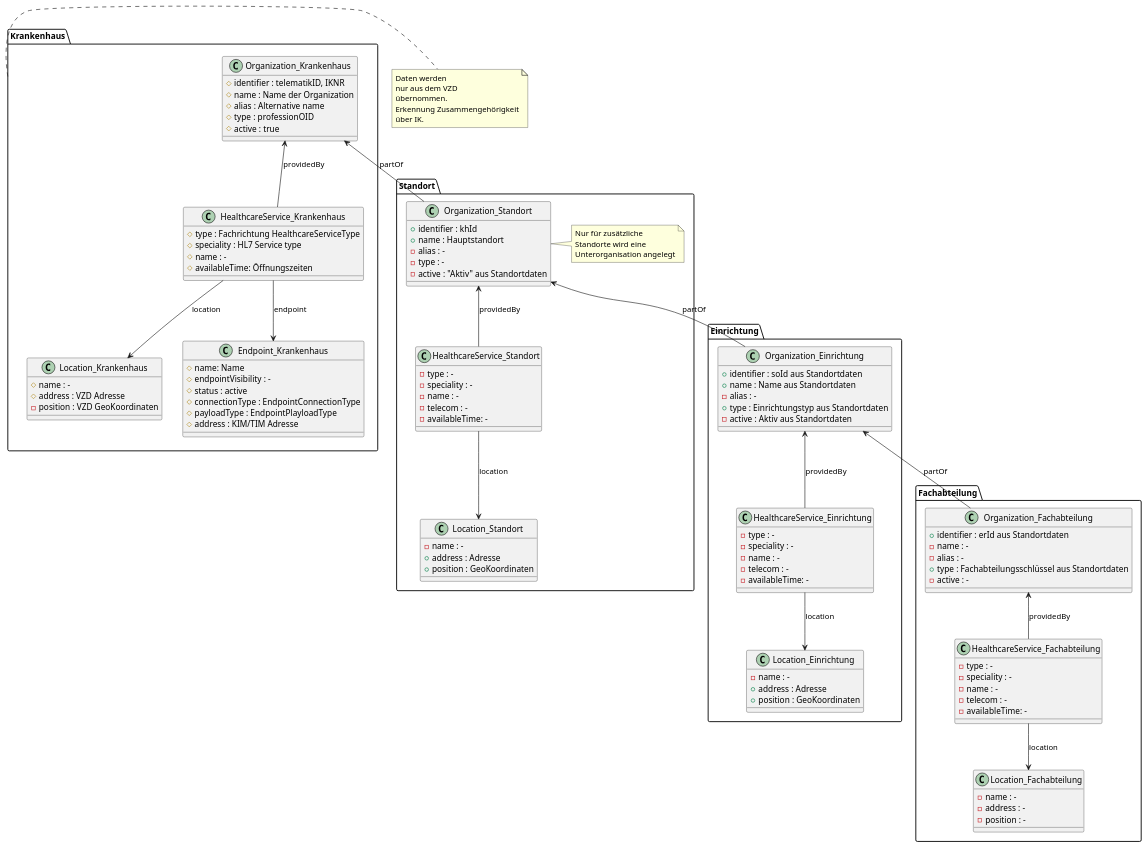
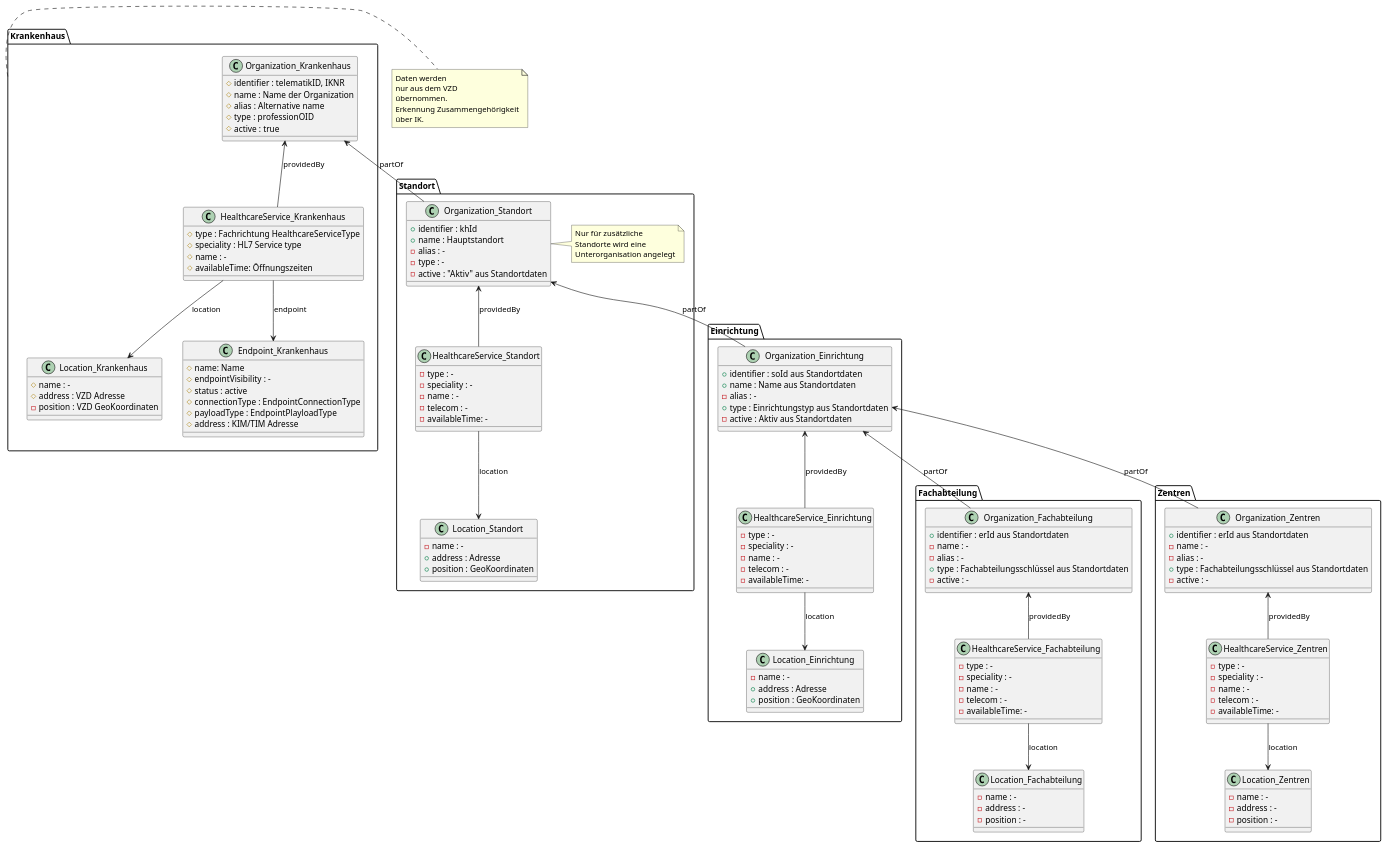
One commit to gematik/api-vzd changed the diagram in src/plantuml/OrgStruct/Standortverzeichnis.puml. Above: the diagram before and after it, drawn with PlantUML.

```diff
--- a/src/plantuml/OrgStruct/Standortverzeichnis.puml
+++ b/src/plantuml/OrgStruct/Standortverzeichnis.puml
@@ -1,162 +1,197 @@
 @startuml
 
 package "Krankenhaus" {
   
 class Organization_Krankenhaus {
 #identifier : telematikID, IKNR 
 #name : Name der Organization 
 #alias : Alternative name
 #type : professionOID
 #active : true
 }
 
 
 
 class HealthcareService_Krankenhaus {
 #type : Fachrichtung HealthcareServiceType
 #speciality : HL7 Service type
 #name : -
 #availableTime: Öffnungszeiten
 }
 
 Organization_Krankenhaus <-- HealthcareService_Krankenhaus : providedBy
 HealthcareService_Krankenhaus --> Location_Krankenhaus : location
 HealthcareService_Krankenhaus --> Endpoint_Krankenhaus : endpoint
 
 
 class Location_Krankenhaus {
 #name : -
 #address : VZD Adresse 
 -position : VZD GeoKoordinaten
 }
 
 
 class Endpoint_Krankenhaus {
 #name: Name
 #endpointVisibility : -
 #status : active
 #connectionType : EndpointConnectionType
 #payloadType : EndpointPlayloadType
 #address : KIM/TIM Adresse
 }
 
 }
 
 note right of Krankenhaus 
    Daten werden
    nur aus dem VZD
    übernommen.
    Erkennung Zusammengehörigkeit
    über IK.
 end note   
 
 package "Standort" {
 
 class Organization_Standort {
 +identifier : khId
 +name : Hauptstandort
 -alias : -
 -type : -
 -active : "Aktiv" aus Standortdaten
 }
 note right of Organization_Standort 
    Nur für zusätzliche
    Standorte wird eine
    Unterorganisation angelegt
 end note 
 
 Organization_Krankenhaus <-- Organization_Standort : "partOf"
 HealthcareService_Krankenhaus -[hidden]right-> Organization_Standort
 
 class HealthcareService_Standort {
 -type : -
 -speciality : -
 -name : -
 -telecom : -
 -availableTime: -
 }
 
 HealthcareService_Standort --> Location_Standort : location
 Organization_Standort <-- HealthcareService_Standort : providedBy
 
 
 
 class Location_Standort {
 -name : -
 +address : Adresse
 +position : GeoKoordinaten
 }
 
 }
 
 package "Einrichtung" {
 
 class Organization_Einrichtung {
 +identifier : soId aus Standortdaten
 +name : Name aus Standortdaten
 -alias : -
 +type : Einrichtungstyp aus Standortdaten
 -active : Aktiv aus Standortdaten
 }
 
 
 Organization_Standort <-- Organization_Einrichtung : "partOf"
 
 class HealthcareService_Einrichtung {
 -type : -
 -speciality : -
 -name : -
 -telecom : -
 -availableTime: -
 }
 
 HealthcareService_Einrichtung --> Location_Einrichtung : location
 Organization_Einrichtung <-- HealthcareService_Einrichtung : providedBy
 
 
 
 class Location_Einrichtung {
 -name : -
 +address : Adresse
 +position : GeoKoordinaten
 }
 
 }
 
 
 package "Fachabteilung" {
 
 
 class Organization_Fachabteilung {
 +identifier : erId aus Standortdaten
 -name : -
 -alias : -
 +type : Fachabteilungsschlüssel aus Standortdaten
 -active : -
 }
 
 
 Organization_Einrichtung <-- Organization_Fachabteilung : "partOf"
 
 class HealthcareService_Fachabteilung {
 -type : -
 -speciality : -
 -name : -
 -telecom : -
 -availableTime: -
 }
 
 HealthcareService_Fachabteilung --> Location_Fachabteilung : location
 Organization_Fachabteilung <-- HealthcareService_Fachabteilung : providedBy
 
 
 class Location_Fachabteilung {
 -name : -
 -address : -
 -position : -
 }
 
 }
 
+package "Zentren" {
+
+
+class Organization_Zentren {
++identifier : erId aus Standortdaten
+-name : -
+-alias : -
++type : Fachabteilungsschlüssel aus Standortdaten
+-active : -
+}
+
+
+Organization_Einrichtung <-- Organization_Zentren : "partOf"
+
+class HealthcareService_Zentren {
+-type : -
+-speciality : -
+-name : -
+-telecom : -
+-availableTime: -
+}
+
+HealthcareService_Zentren --> Location_Zentren : location
+Organization_Zentren <-- HealthcareService_Zentren : providedBy
+
+
+class Location_Zentren {
+-name : -
+-address : -
+-position : -
+}
+
+}
+
+
 
 @enduml
```
